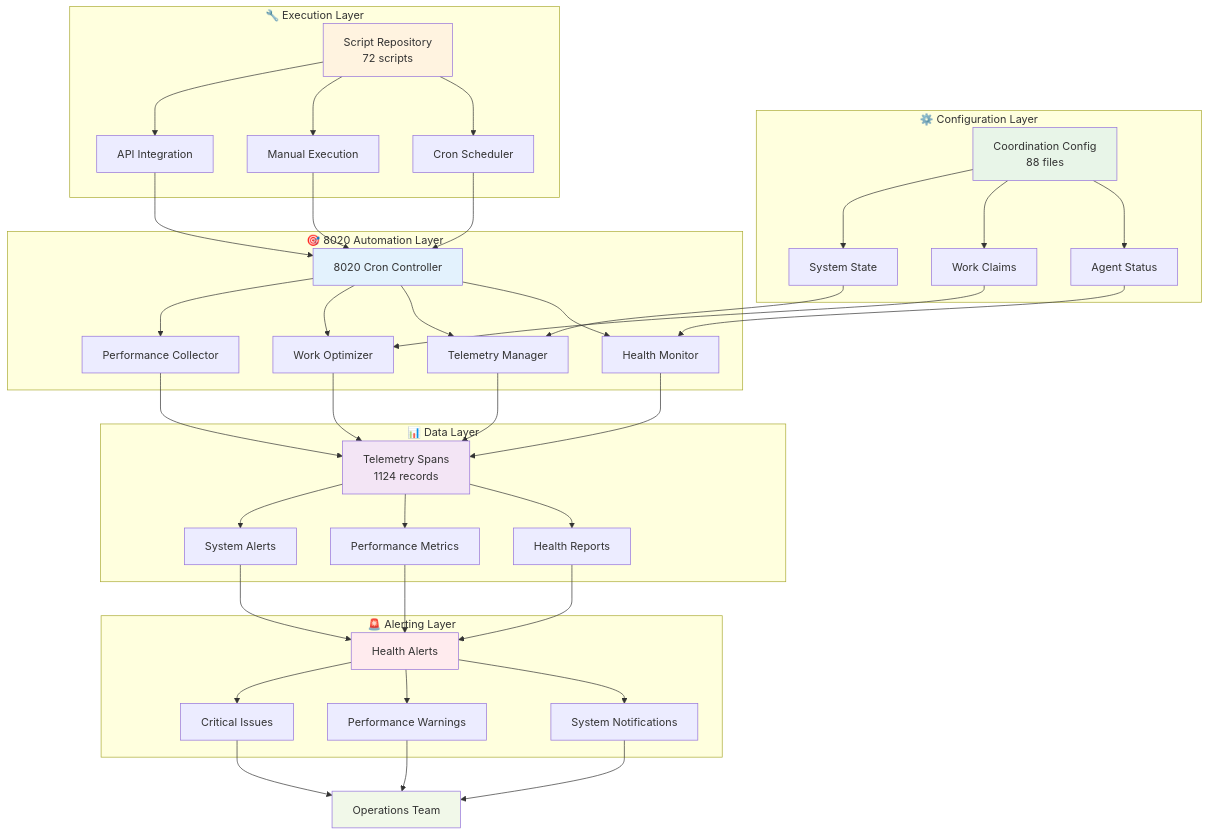
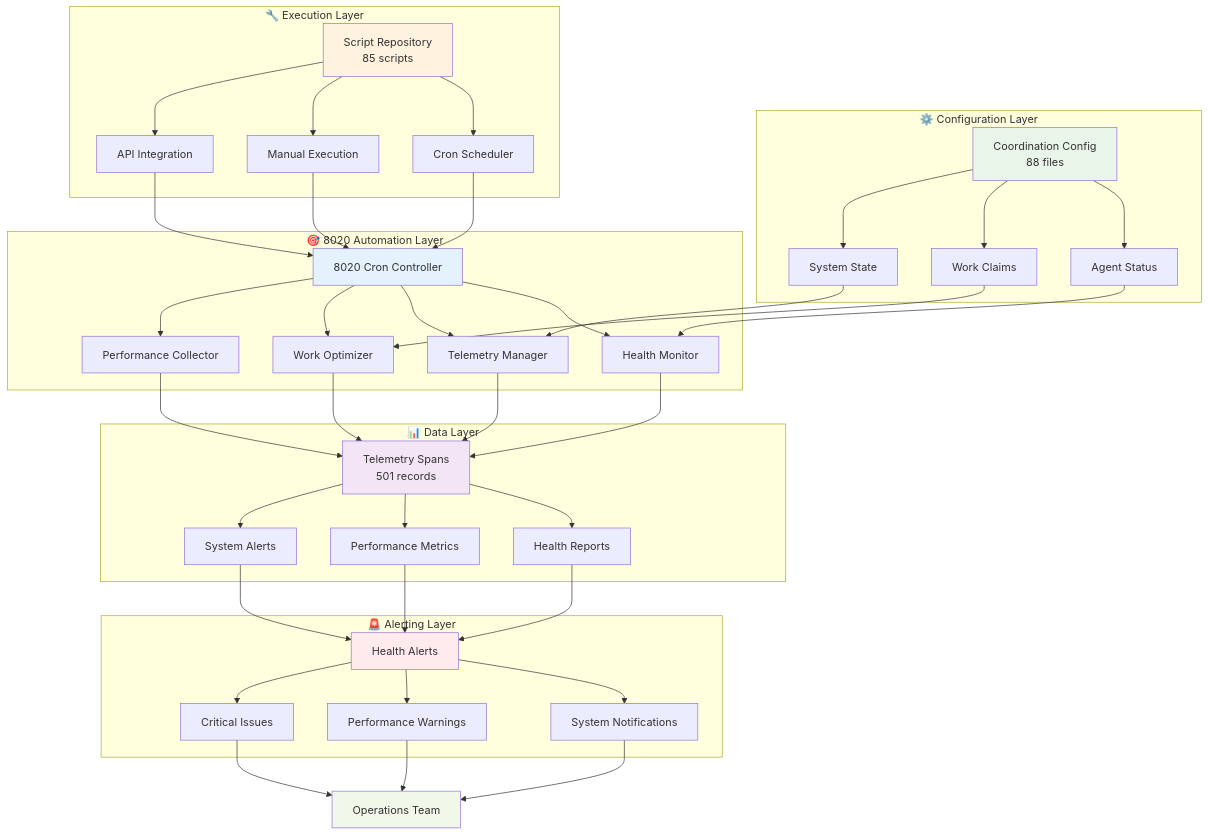
Before and after one commit to seanchatmangpt/swarmsh: the diagram in docs/auto_generated_diagrams/system_architecture.md, drawn with Mermaid. The commit also changed other lines of this file and 9 other files, not shown here.

````diff
--- a/docs/auto_generated_diagrams/system_architecture.md
+++ b/docs/auto_generated_diagrams/system_architecture.md
@@ -5,61 +5,61 @@
 ```mermaid
 graph TB
     subgraph "🎯 8020 Automation Layer"
         A[8020 Cron Controller] --> B[Health Monitor]
         A --> C[Telemetry Manager]
         A --> D[Work Optimizer]
         A --> E[Performance Collector]
     end
     
     subgraph "📊 Data Layer"
-        F[Telemetry Spans<br/>    1124 records] --> G[Health Reports]
+        F[Telemetry Spans<br/>     501 records] --> G[Health Reports]
         F --> H[Performance Metrics]
         F --> I[System Alerts]
     end
     
     subgraph "⚙️ Configuration Layer"
         J[Coordination Config<br/>      88 files] --> K[Agent Status]
         J --> L[Work Claims]
         J --> M[System State]
     end
     
     subgraph "🔧 Execution Layer"
-        N[Script Repository<br/>      72 scripts] --> O[Cron Scheduler]
+        N[Script Repository<br/>      85 scripts] --> O[Cron Scheduler]
         N --> P[Manual Execution]
         N --> Q[API Integration]
     end
     
     subgraph "🚨 Alerting Layer"
         R[Health Alerts] --> S[System Notifications]
         R --> T[Performance Warnings]
         R --> U[Critical Issues]
     end
     
     B --> F
     C --> F
     D --> F
     E --> F
     
     G --> R
     H --> R
     I --> R
     
     K --> B
     L --> D
     M --> C
     
     O --> A
     P --> A
     Q --> A
     
     S --> V[Operations Team]
     T --> V
     U --> V
     
     style A fill:#e3f2fd
     style F fill:#f3e5f5
     style J fill:#e8f5e8
     style N fill:#fff3e0
     style R fill:#ffebee
     style V fill:#f1f8e9
 ```
````
